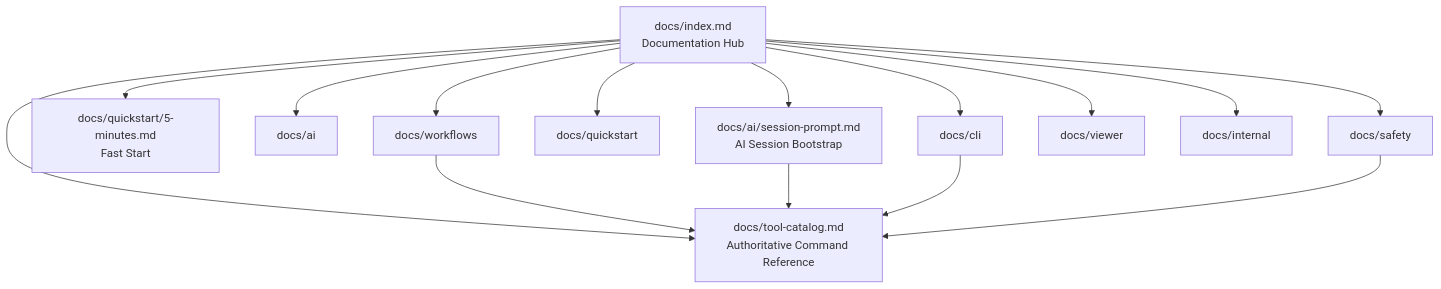
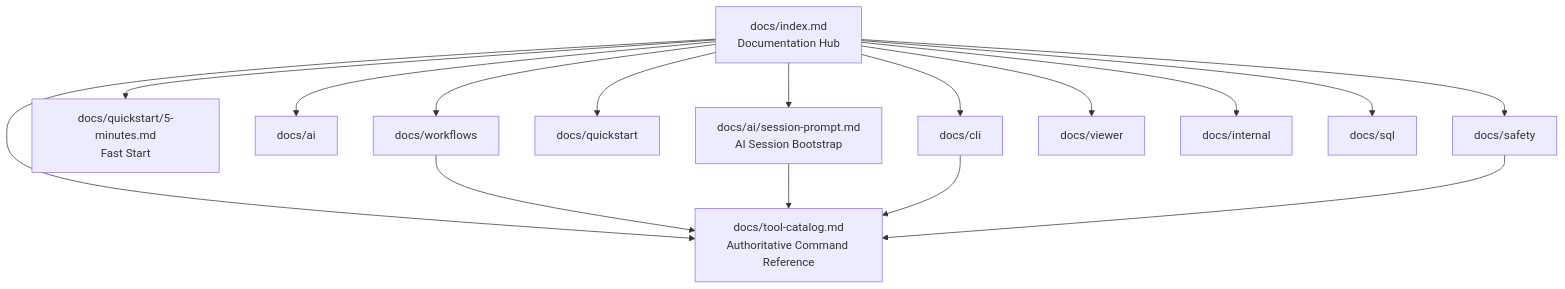
Before and after one commit to gzeuner/zeus-rpg-promptkit: the diagram in docs/index.md, drawn with Mermaid. The commit also changed other lines of this file and 6 other files, not shown here.

````diff
--- a/docs/index.md
+++ b/docs/index.md
@@ -43,19 +45,20 @@
 ```mermaid
 flowchart TD
     A[docs/index.md\nDocumentation Hub] --> B[docs/tool-catalog.md\nAuthoritative Command Reference]
     A --> C[docs/ai/session-prompt.md\nAI Session Bootstrap]
     A --> D[docs/quickstart/5-minutes.md\nFast Start]
 
     A --> E[docs/ai]
     A --> F[docs/cli]
     A --> G[docs/quickstart]
     A --> H[docs/workflows]
     A --> I[docs/safety]
     A --> J[docs/viewer]
     A --> K[docs/internal]
+    A --> L[docs/sql]
 
     H --> B
     C --> B
     F --> B
     I --> B
 ```
````
